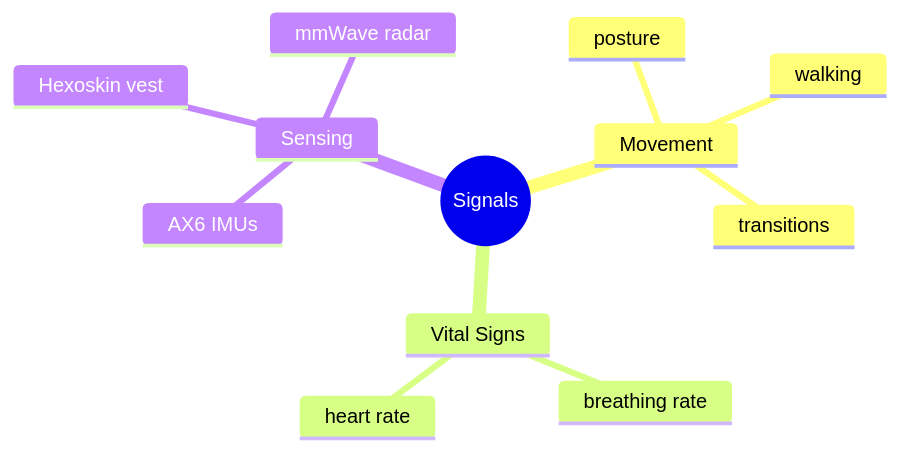
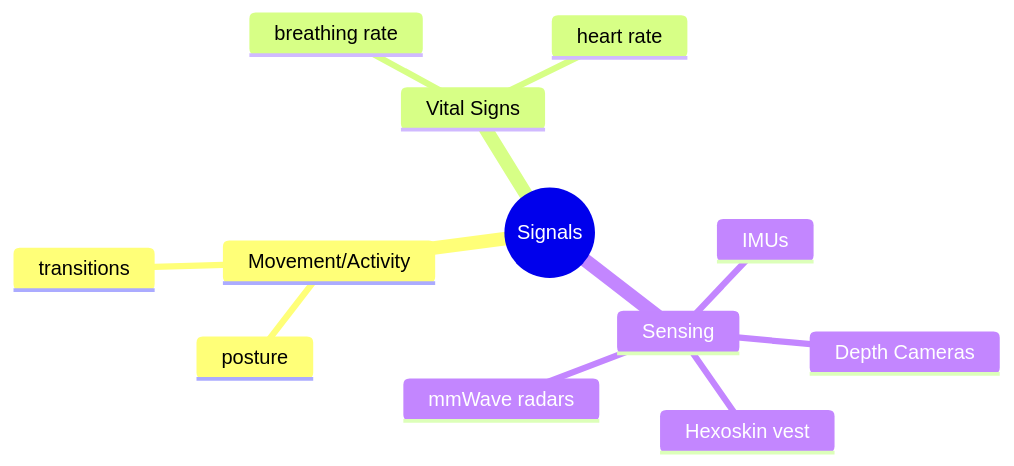
One commit to Ubiweb-lab/HDT-Intelligence changed the diagram in recruitment.md. Above: the diagram before and after it, drawn with Mermaid.

Commit message:
Enhance mindmap with new sensing technologies
Updated the mindmap in recruitment.md to include additional sensing technologies and refined existing categories.

````diff
--- a/recruitment.md
+++ b/recruitment.md
@@ -72,15 +72,15 @@
 ```mermaid
 mindmap
   root((Signals))
-    Movement
+    Movement/Activity
       posture
-      walking
       transitions
     Vital Signs
       breathing rate
       heart rate
     Sensing
-      AX6 IMUs
+      IMUs
+      Depth Cameras
+      mmWave radars
       Hexoskin vest
-      mmWave radar
 ```
````
